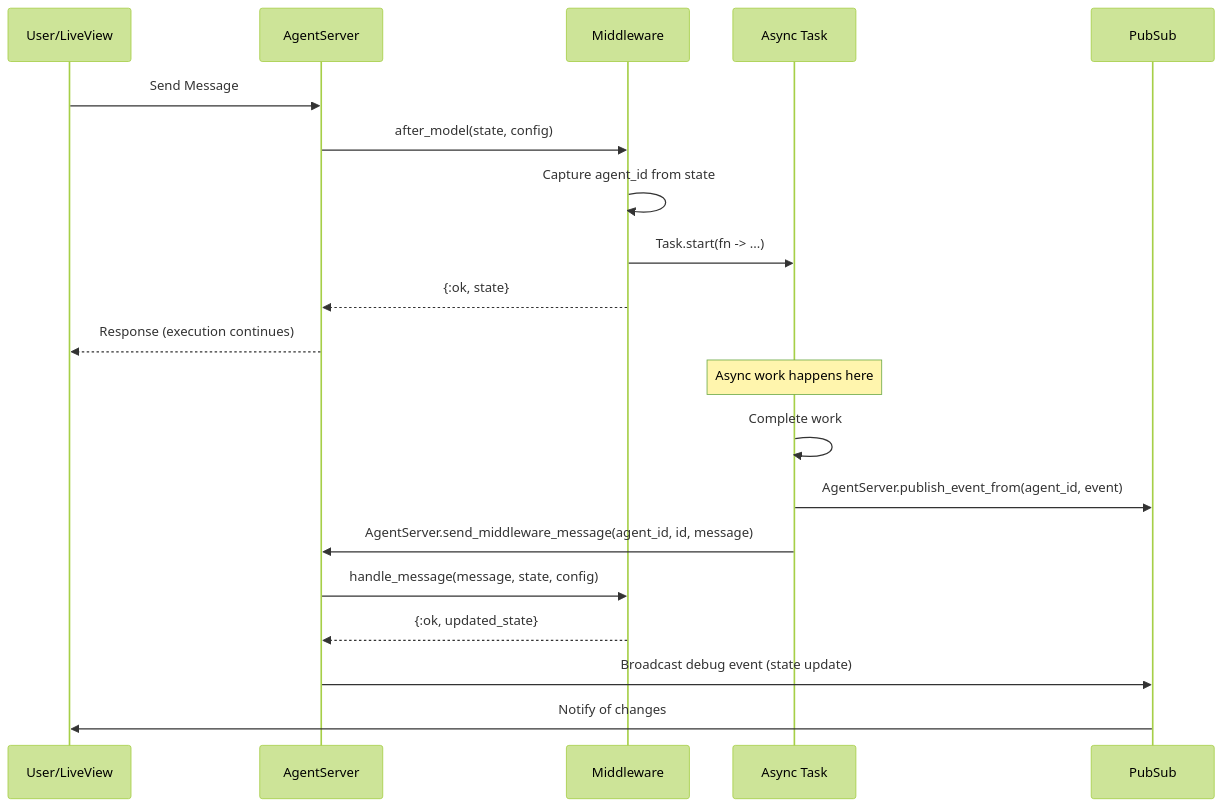
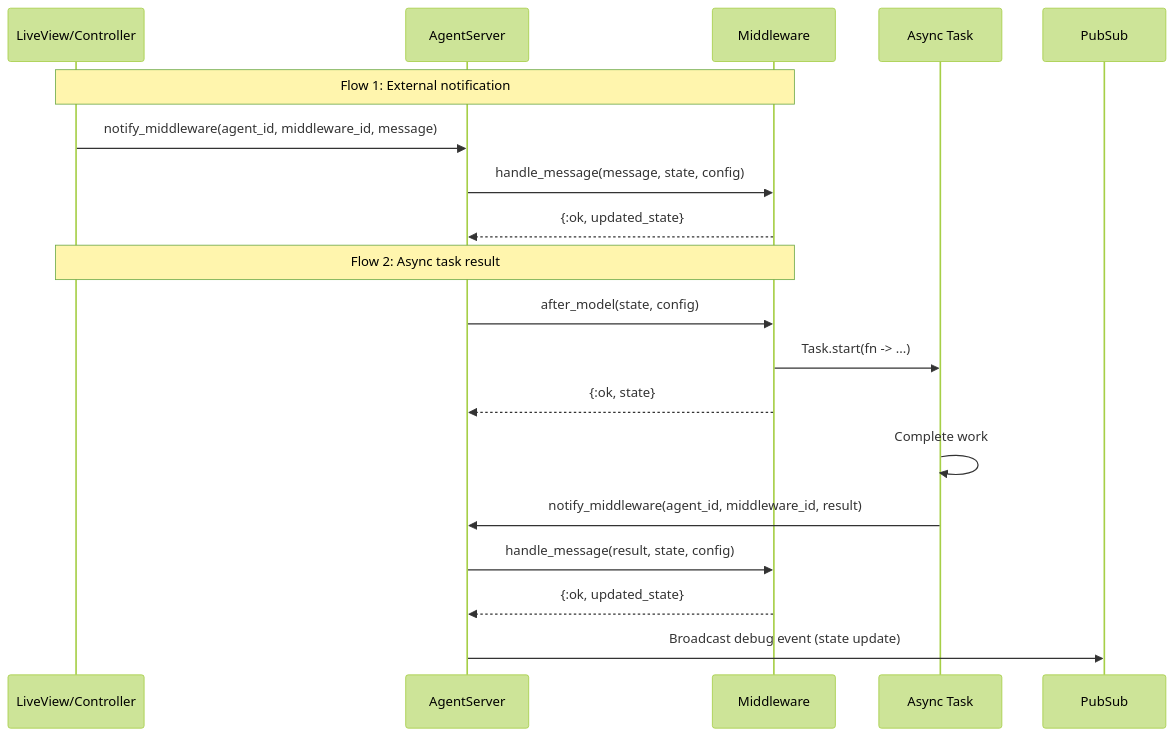
One commit to sagents-ai/sagents changed the first of 2 diagrams in docs/middleware_messaging.md. Above: the diagram before and after it, drawn with Mermaid (forest theme). The commit also changed other lines of this file and 5 other files, not shown here.

Commit message:
improved middleware messaging - changed the name for clarity - documented more fully for middleware messaging use-cases from both async inside middleware to external messages

````diff
--- a/docs/middleware_messaging.md
+++ b/docs/middleware_messaging.md
@@ -36,25 +116,23 @@
 ```mermaid
 sequenceDiagram
-    participant U as User/LiveView
+    participant LV as LiveView/Controller
     participant AS as AgentServer
     participant M as Middleware
     participant T as Async Task
     participant PS as PubSub
 
-    U->>AS: Send Message
+    Note over LV,M: Flow 1: External notification
+    LV->>AS: notify_middleware(agent_id, middleware_id, message)
+    AS->>M: handle_message(message, state, config)
+    M-->>AS: {:ok, updated_state}
+
+    Note over LV,M: Flow 2: Async task result
     AS->>M: after_model(state, config)
-    M->>M: Capture agent_id from state
     M->>T: Task.start(fn -> ...)
     M-->>AS: {:ok, state}
-    AS-->>U: Response (execution continues)
-
-    Note over T: Async work happens here
-
     T->>T: Complete work
-    T->>PS: AgentServer.publish_event_from(agent_id, event)
-    T->>AS: AgentServer.send_middleware_message(agent_id, id, message)
-    AS->>M: handle_message(message, state, config)
+    T->>AS: notify_middleware(agent_id, middleware_id, result)
+    AS->>M: handle_message(result, state, config)
     M-->>AS: {:ok, updated_state}
     AS->>PS: Broadcast debug event (state update)
-    PS->>U: Notify of changes
 ```
````
